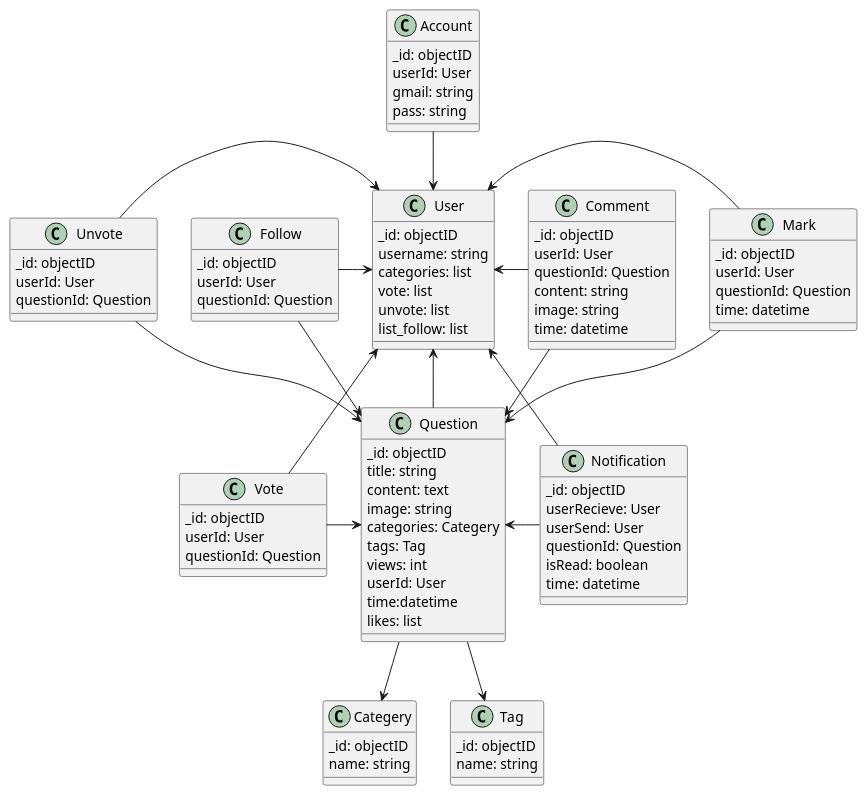
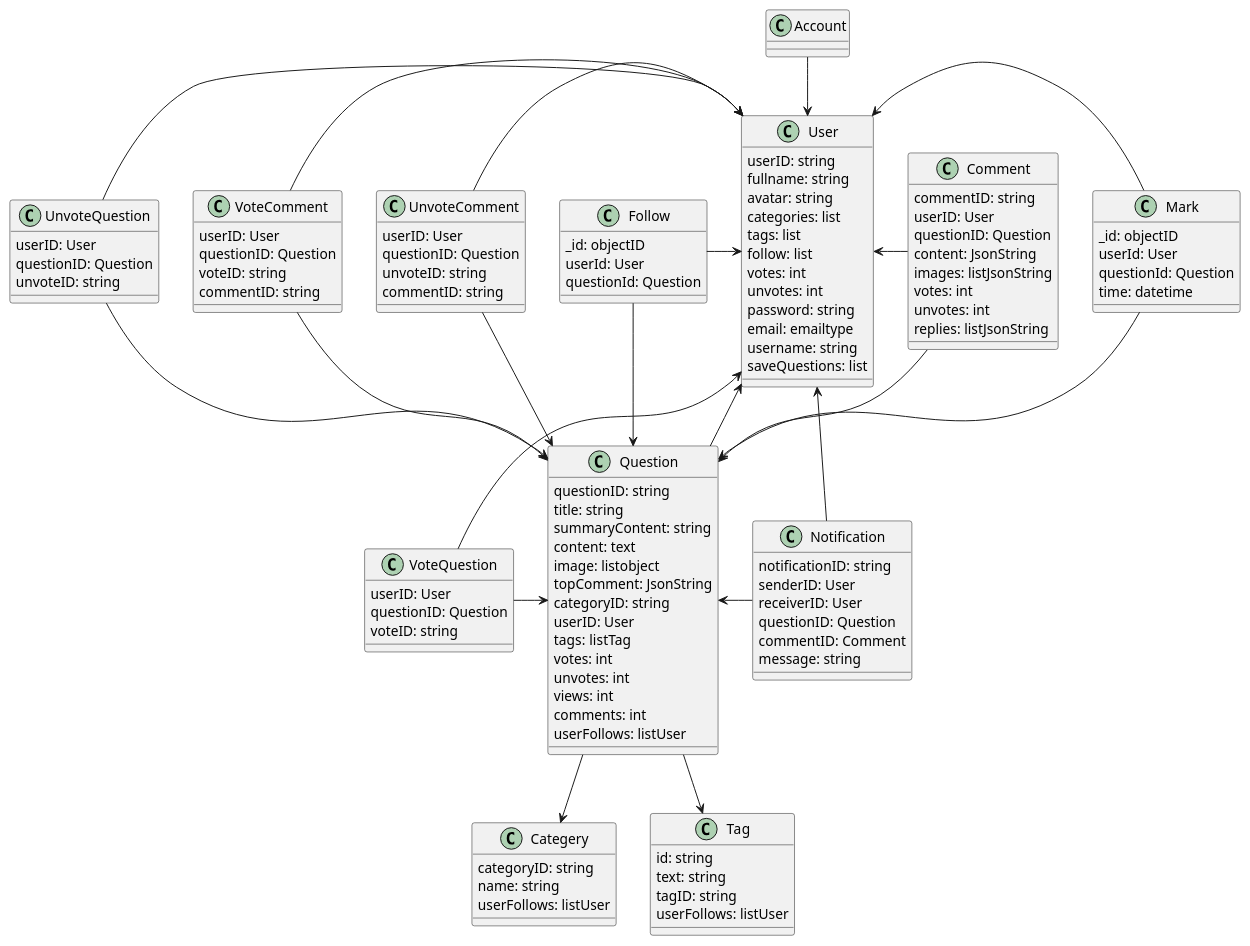
Before and after one commit to imfelixng/project-web-ttcn: the diagram in server/spec/class_diagrame.wsd, drawn with PlantUML. The commit also changed 9 other files, not shown here.

```diff
--- a/server/spec/class_diagrame.wsd
+++ b/server/spec/class_diagrame.wsd
@@ -1,101 +1,127 @@
 @startuml class_diagrame
 class User {
-    _id: objectID
+    userID: string
+    fullname: string
+    avatar: string
+    categories: list
+    tags: list
+    follow: list
+    votes: int
+    unvotes: int
+    password: string
+    email: emailtype
     username: string
-    categories: list
-    vote: list
-    unvote: list
-    list_follow: list
-}
-
-class Account {
-    _id: objectID
-    userId: User
-    gmail: string
-    pass: string
+    saveQuestions: list
 }
 
 class Question {
-    _id: objectID
+    questionID: string
     title: string
+    summaryContent: string
     content: text
-    image: string
-    categories: Categery
-    tags: Tag
+    image: listobject
+    topComment: JsonString
+    categoryID: string
+    userID: User
+    tags: listTag
+    votes: int
+    unvotes: int
     views: int
-    userId: User
-    time:datetime
-    likes: list
+    comments: int
+    userFollows: listUser
 }
 
 class Comment {
-    _id: objectID
-    userId: User
-    questionId: Question
-    content: string
-    image: string
-    time: datetime
+    commentID: string
+    userID: User
+    questionID: Question
+    content: JsonString
+    images: listJsonString
+    votes: int
+    unvotes: int
+    replies: listJsonString
 }
 
 class Categery {
-    _id: objectID
+    categoryID: string
     name: string
+    userFollows: listUser
 }
 
 class Tag {
-    _id: objectID
-    name: string
+    id: string
+    text: string
+    tagID: string
+    userFollows: listUser
 }
 
 class Notification {
-    _id: objectID
-    userRecieve: User
-    userSend: User
-    questionId: Question
-    isRead: boolean
-    time: datetime
+    notificationID: string
+    senderID: User
+    receiverID: User
+    questionID: Question
+    commentID: Comment
+    message: string
 }
 
 class Mark {
     _id: objectID
     userId: User
     questionId: Question
     time: datetime
 }
 
 class Follow {
     _id: objectID
     userId: User
     questionId: Question
 }
 
-class Vote {
-    _id: objectID
-    userId: User
-    questionId: Question
+class VoteQuestion {
+    userID: User
+    questionID: Question
+    voteID: string
 }
 
-class Unvote {
-    _id: objectID
-    userId: User
-    questionId: Question
+class UnvoteQuestion {
+    userID: User
+    questionID: Question
+    unvoteID: string
+}
+
+class VoteComment {
+    userID: User
+    questionID: Question
+    voteID: string
+    commentID: string
+}
+
+class UnvoteComment {
+    userID: User
+    questionID: Question
+    unvoteID: string
+    commentID: string
 }
 
 Account -down-> User 
 Question -left-> User
 Comment -left-> User
 Comment -down-> Question
 Question -down-> Categery
 Question -down-> Tag
 Notification -left-> User
 Notification -left-> Question
 Mark -left-> User
 Mark -down-> Question
 Follow -right-> User
 Follow -> Question
-Vote -left-> User
-Vote -right-> Question
-Unvote -right-> User
-Unvote -right-> Question
+VoteQuestion -left-> User
+VoteQuestion -right-> Question
+UnvoteQuestion -right-> User
+UnvoteQuestion -right-> Question
+VoteComment -right-> User
+VoteComment -right-> Question
+UnvoteComment -right-> User
+UnvoteComment -right-> Question
 
 @enduml
```
